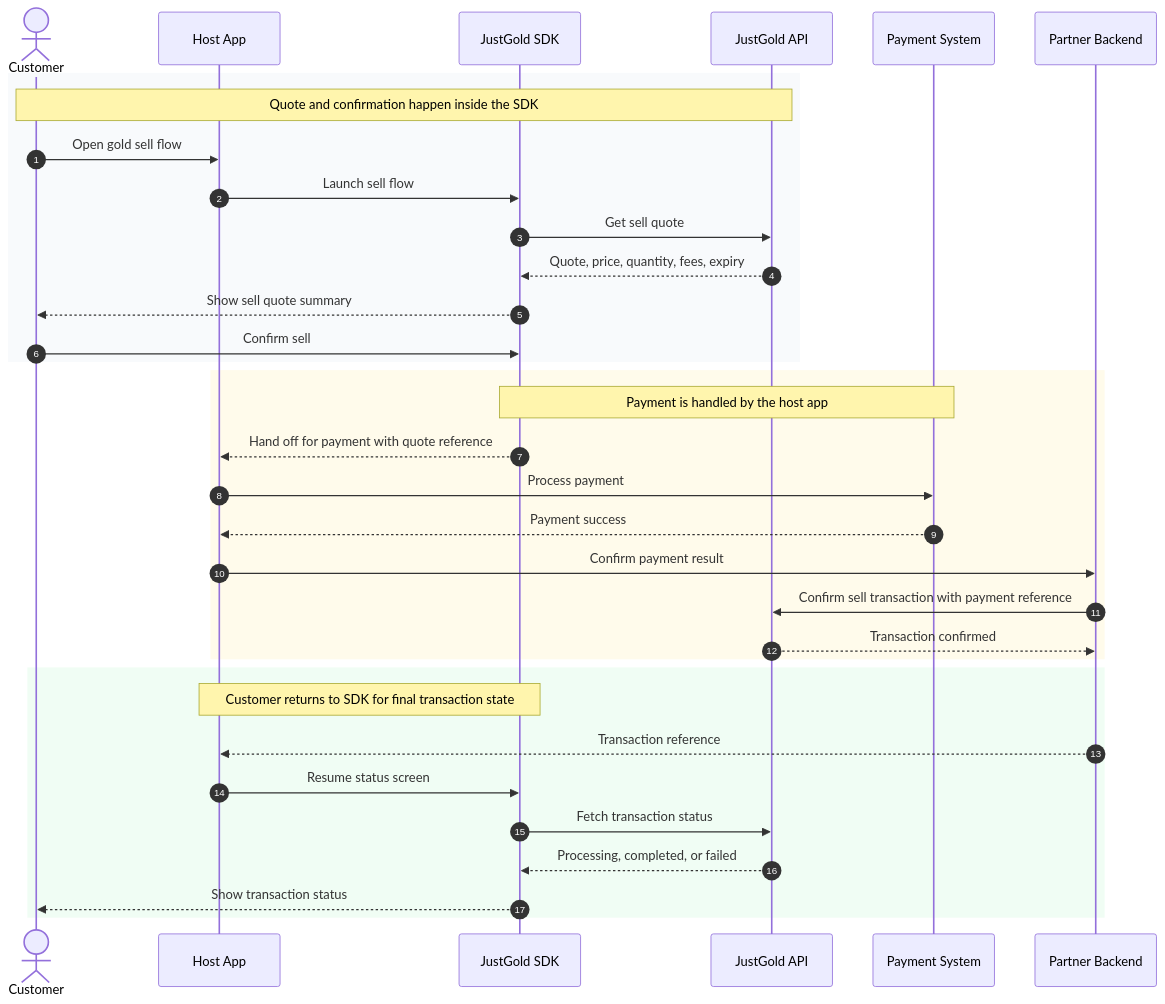
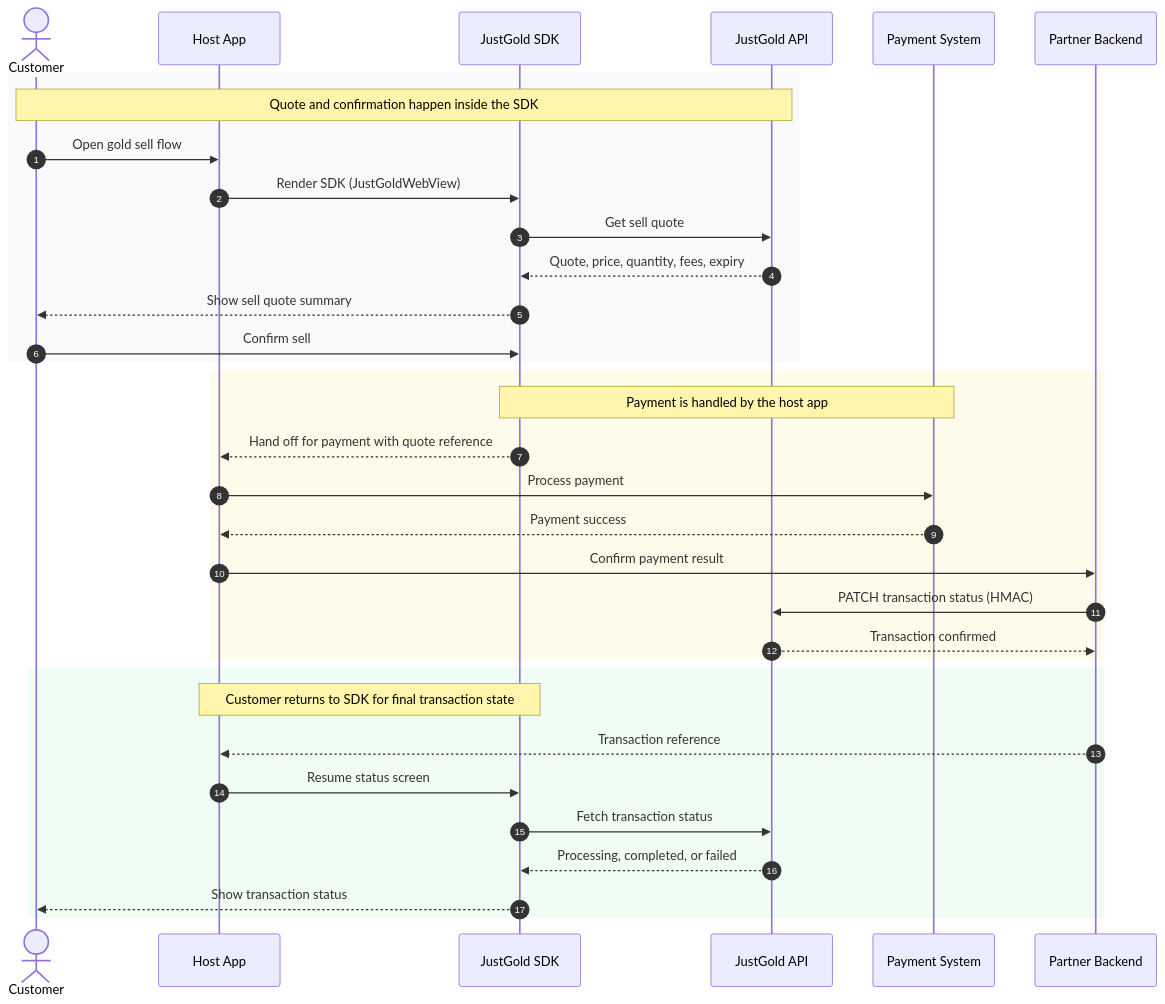
The third of 4 diagrams in sdk/overview.md (Just-Gold-JG/docs), drawn with Mermaid before and after one commit. The commit also changed other lines of this file and 3 other files, not shown here.

Commit message:
Enhance SDK documentation for Flutter and React Native, including updated integration flows, session management, and UI embedding details. Clarify token handling and callback implementations for improved developer guidance.

````diff
--- a/sdk/overview.md
+++ b/sdk/overview.md
@@ -96,39 +117,39 @@
 ```mermaid
 sequenceDiagram
     autonumber
     actor Customer
     participant Host as Host App
     participant SDK as JustGold SDK
     participant JG as JustGold API
     participant Pay as Payment System
     participant Backend as Partner Backend
 
     rect rgb(248, 250, 252)
         Note over Customer,JG: Quote and confirmation happen inside the SDK
         Customer->>Host: Open gold sell flow
-        Host->>SDK: Launch sell flow
+        Host->>SDK: Render SDK (JustGoldWebView)
         SDK->>JG: Get sell quote
         JG-->>SDK: Quote, price, quantity, fees, expiry
         SDK-->>Customer: Show sell quote summary
         Customer->>SDK: Confirm sell
     end
 
     rect rgb(255, 251, 235)
         Note over SDK,Pay: Payment is handled by the host app
         SDK-->>Host: Hand off for payment with quote reference
         Host->>Pay: Process payment
         Pay-->>Host: Payment success
         Host->>Backend: Confirm payment result
-        Backend->>JG: Confirm sell transaction with payment reference
+        Backend->>JG: PATCH transaction status (HMAC)
         JG-->>Backend: Transaction confirmed
     end
 
     rect rgb(240, 253, 244)
         Note over Host,SDK: Customer returns to SDK for final transaction state
         Backend-->>Host: Transaction reference
         Host->>SDK: Resume status screen
         SDK->>JG: Fetch transaction status
         JG-->>SDK: Processing, completed, or failed
         SDK-->>Customer: Show transaction status
     end
 ```
````
